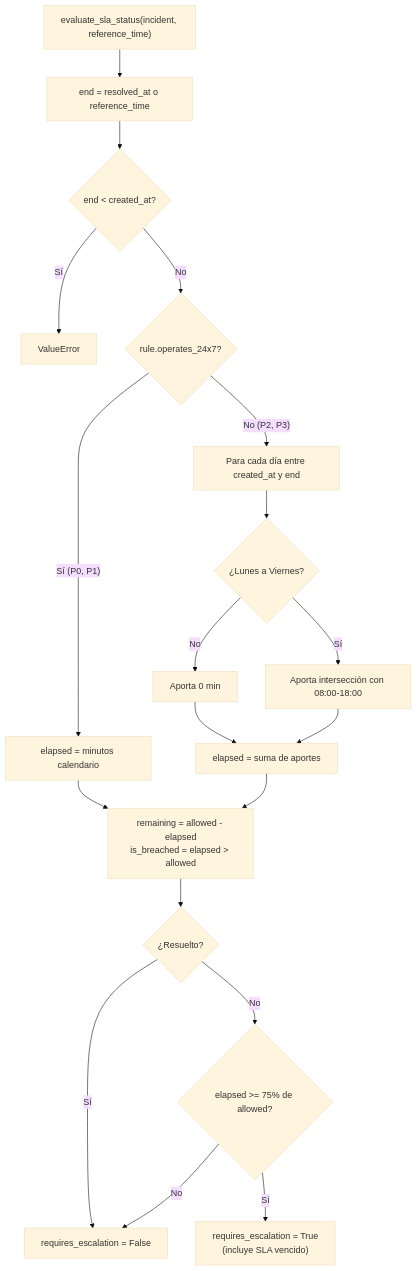
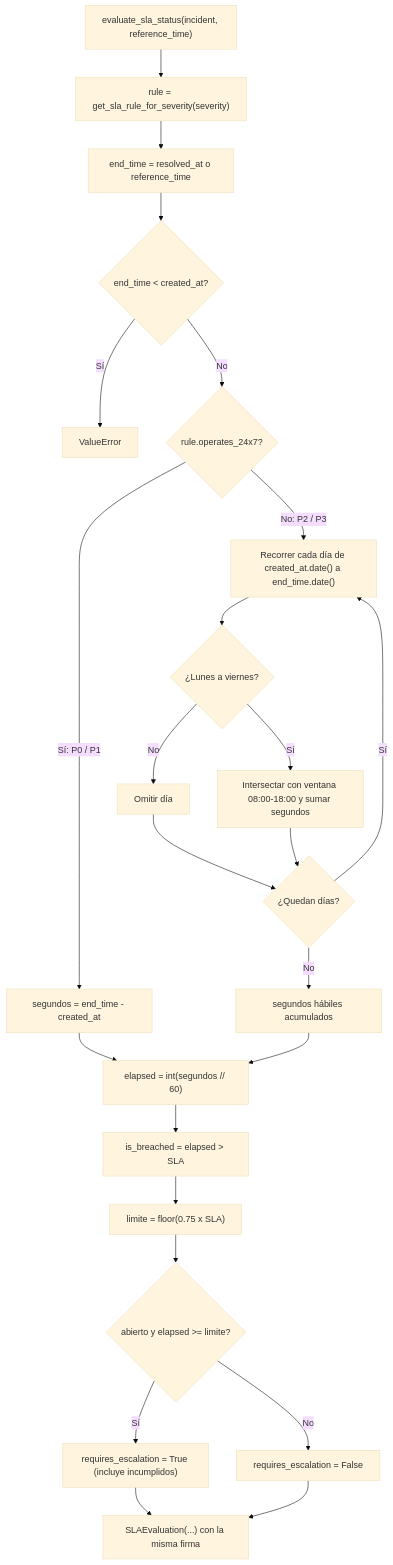
The diagram in week-1/starter-project/docs/adr/002-calculo-sla-horario-habil.md (SebastianOG509/isia-incidentops-taller), drawn with Mermaid (base theme) before and after one commit. The commit also changed other lines of this file and 1 other file, not shown here.

Commit message:
Consultas independientes reales: self-consistency de triaje, Chat 1 exploracion SLA y ADR-002 desde Chat 2

````diff
--- a/week-1/starter-project/docs/adr/002-calculo-sla-horario-habil.md
+++ b/week-1/starter-project/docs/adr/002-calculo-sla-horario-habil.md
@@ -49,21 +87,26 @@
 ```mermaid
 flowchart TD
-    A["evaluate_sla_status(incident, reference_time)"] --> B["end = resolved_at o reference_time"]
-    B --> C{"end < created_at?"}
-    C -- Sí --> X["ValueError"]
-    C -- No --> D{"rule.operates_24x7?"}
-    D -- "Sí (P0, P1)" --> E["elapsed = minutos calendario"]
-    D -- "No (P2, P3)" --> F["Para cada día entre created_at y end"]
-    F --> G{"¿Lunes a Viernes?"}
-    G -- No --> H["Aporta 0 min"]
-    G -- Sí --> I["Aporta intersección con 08:00-18:00"]
-    H --> J["elapsed = suma de aportes"]
-    I --> J
-    E --> K["remaining = allowed - elapsed<br/>is_breached = elapsed > allowed"]
-    J --> K
-    K --> L{"¿Resuelto?"}
-    L -- Sí --> N["requires_escalation = False"]
-    L -- No --> M{"elapsed >= 75% de allowed?"}
-    M -- Sí --> O["requires_escalation = True<br/>(incluye SLA vencido)"]
-    M -- No --> N
+    A["evaluate_sla_status(incident, reference_time)"] --> B["rule = get_sla_rule_for_severity(severity)"]
+    B --> C["end_time = resolved_at o reference_time"]
+    C --> D{"end_time < created_at?"}
+    D -- "Sí" --> E["ValueError"]
+    D -- "No" --> F{"rule.operates_24x7?"}
+    F -- "Sí: P0 / P1" --> G["segundos = end_time - created_at"]
+    F -- "No: P2 / P3" --> H["Recorrer cada día de created_at.date() a end_time.date()"]
+    H --> I{"¿Lunes a viernes?"}
+    I -- "No" --> J["Omitir día"]
+    I -- "Sí" --> K["Intersectar con ventana 08:00-18:00 y sumar segundos"]
+    J --> L{"¿Quedan días?"}
+    K --> L
+    L -- "Sí" --> H
+    L -- "No" --> M["segundos hábiles acumulados"]
+    G --> N["elapsed = int(segundos // 60)"]
+    M --> N
+    N --> O["is_breached = elapsed > SLA"]
+    O --> P["limite = floor(0.75 x SLA)"]
+    P --> Q{"abierto y elapsed >= limite?"}
+    Q -- "Sí" --> R["requires_escalation = True (incluye incumplidos)"]
+    Q -- "No" --> S["requires_escalation = False"]
+    R --> T["SLAEvaluation(...) con la misma firma"]
+    S --> T
 ```
````
